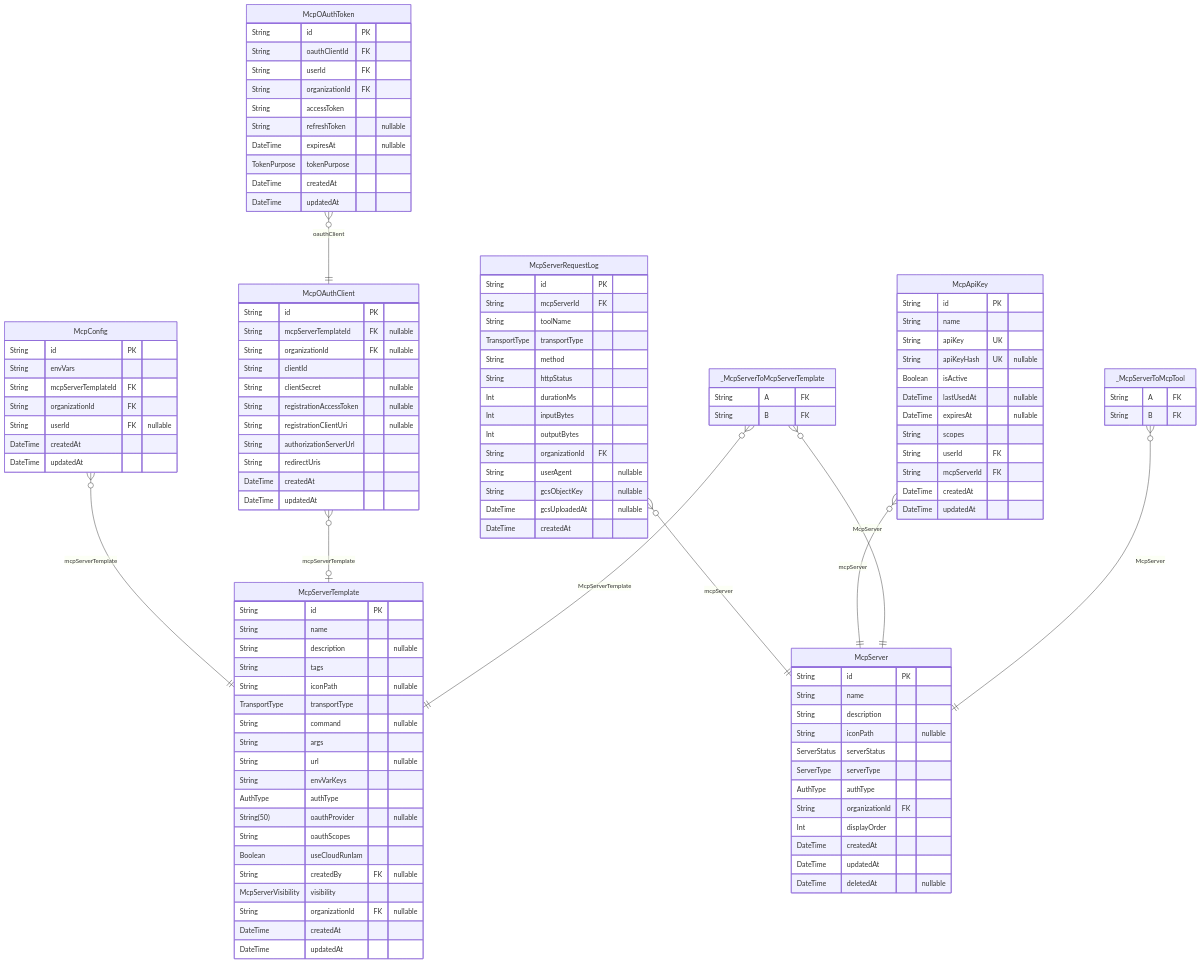
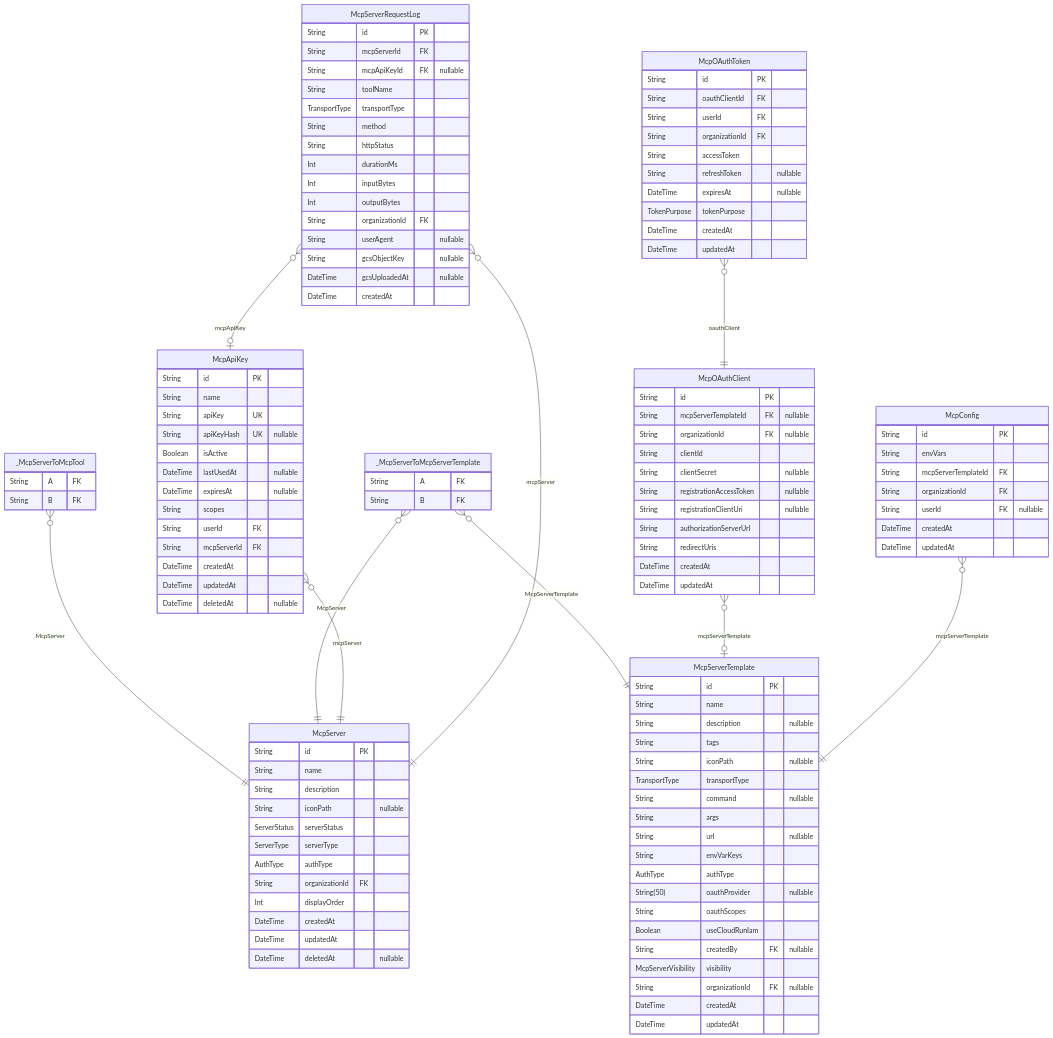
The fourth of 6 diagrams in packages/db/prisma/README.md (rayven122/tumiki), drawn with Mermaid before and after one commit. The commit also changed other lines of this file and 2 other files, not shown here.

Commit message:
feat: Implement MCP server authentication settings with API key management and soft delete.

```diff
--- a/packages/db/prisma/README.md
+++ b/packages/db/prisma/README.md
@@ -513,6 +513,7 @@
 "McpServerRequestLog" {
   String id PK
   String mcpServerId FK
+  String mcpApiKeyId FK "nullable"
   String toolName
   TransportType transportType
   String method
@@ -539,6 +540,7 @@
   String mcpServerId FK
   DateTime createdAt
   DateTime updatedAt
+  DateTime deletedAt "nullable"
 }
 "McpOAuthClient" {
   String id PK
@@ -596,6 +598,7 @@
 }
 "McpConfig" }o--|| "McpServerTemplate" : mcpServerTemplate
 "McpServerRequestLog" }o--|| "McpServer" : mcpServer
+"McpServerRequestLog" }o--o| "McpApiKey" : mcpApiKey
 "McpApiKey" }o--|| "McpServer" : mcpServer
 "McpOAuthClient" }o--o| "McpServerTemplate" : mcpServerTemplate
 "McpOAuthToken" }o--|| "McpOAuthClient" : oauthClient
```
